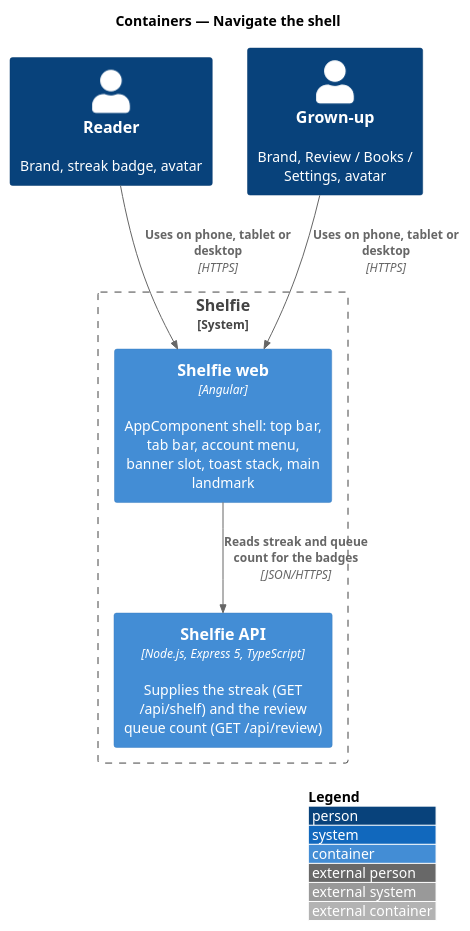
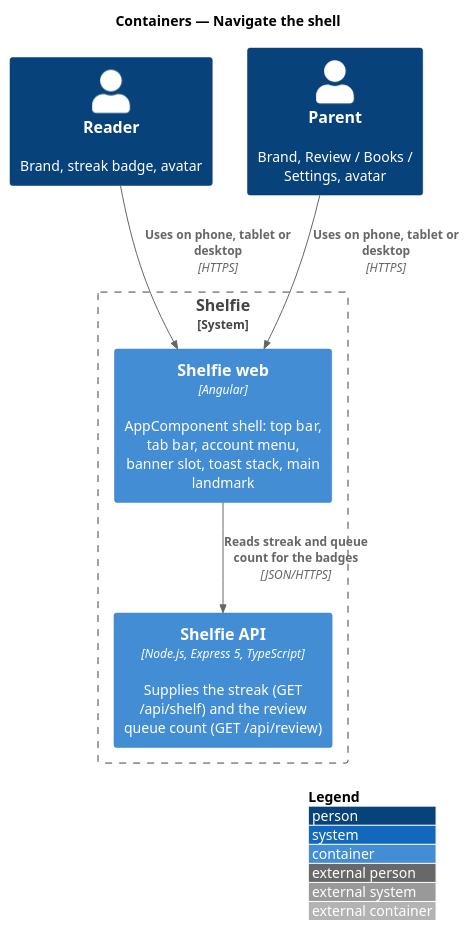
Before and after one commit to QuinntyneBrown/shelfie: the diagram in docs/detailed-designs/shell/navigate-shell/diagrams/c4-container.puml, drawn with PlantUML. The commit also changed 313 other files, not shown here.

```diff
--- a/docs/detailed-designs/shell/navigate-shell/diagrams/c4-container.puml
+++ b/docs/detailed-designs/shell/navigate-shell/diagrams/c4-container.puml
@@ -1,15 +1,15 @@
 @startuml
 !include <C4/C4_Container>
 LAYOUT_WITH_LEGEND()
 title Containers — Navigate the shell
 
 Person(reader, "Reader", "Brand, streak badge, avatar")
-Person(grownUp, "Grown-up", "Brand, Review / Books / Settings, avatar")
+Person(grownUp, "Parent", "Brand, Review / Books / Settings, avatar")
 System_Boundary(shelfie, "Shelfie") {
   Container(web, "Shelfie web", "Angular", "AppComponent shell: top bar, tab bar, account menu, banner slot, toast stack, main landmark")
   Container(api, "Shelfie API", "Node.js, Express 5, TypeScript", "Supplies the streak (GET /api/shelf) and the review queue count (GET /api/review)")
 }
 Rel(reader, web, "Uses on phone, tablet or desktop", "HTTPS")
 Rel(grownUp, web, "Uses on phone, tablet or desktop", "HTTPS")
 Rel(web, api, "Reads streak and queue count for the badges", "JSON/HTTPS")
 @enduml
```
